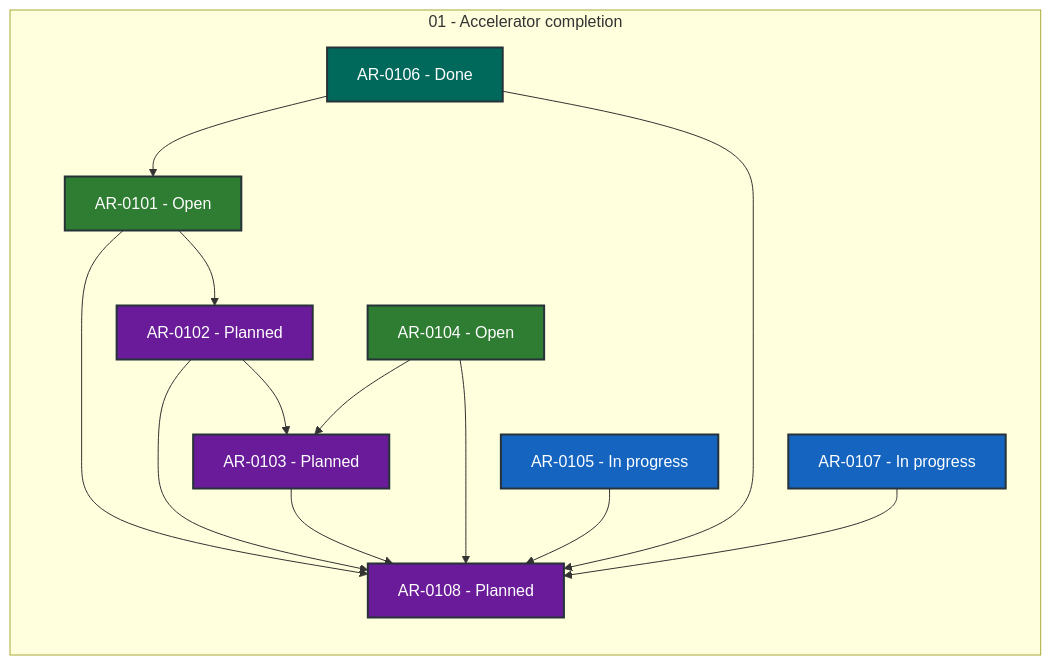
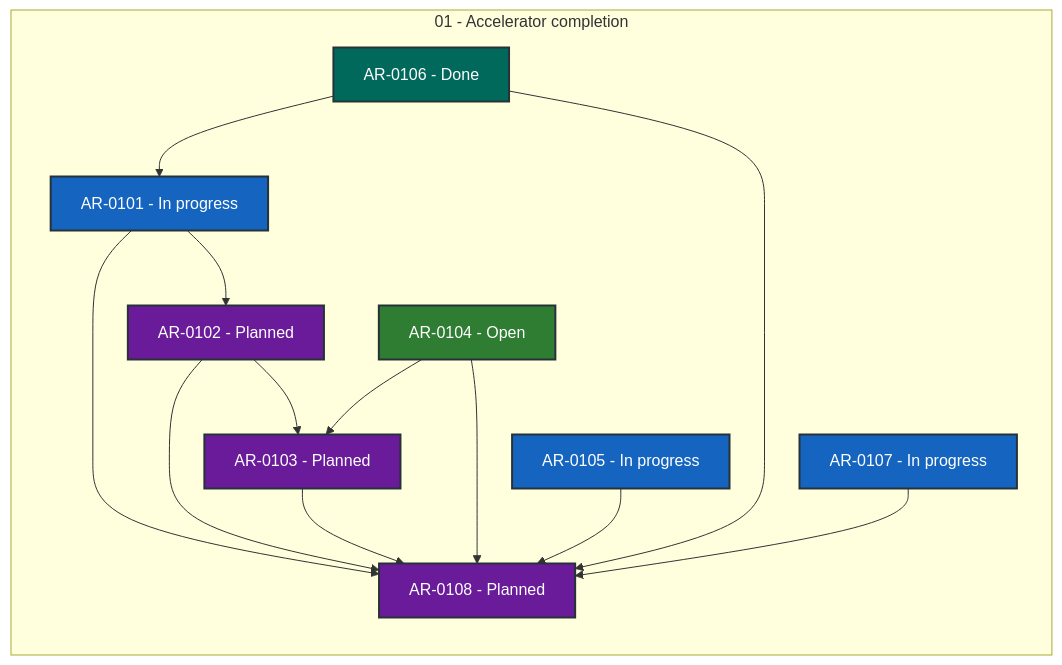
The diagram in coordination/STATUS.md (locutus3009/exgame), drawn with Mermaid before and after one commit. The commit also changed other lines of this file and 2 other files, not shown here.

````diff
--- a/coordination/STATUS.md
+++ b/coordination/STATUS.md
@@ -28,34 +28,34 @@
 ```mermaid
 flowchart LR
     subgraph series_01["01 - Accelerator completion"]
         direction TB
-        AR_0101["AR-0101 - Open"]:::status_open
+        AR_0101["AR-0101 - In progress"]:::status_in_progress
         AR_0102["AR-0102 - Planned"]:::status_planned
         AR_0103["AR-0103 - Planned"]:::status_planned
         AR_0104["AR-0104 - Open"]:::status_open
         AR_0105["AR-0105 - In progress"]:::status_in_progress
         AR_0106["AR-0106 - Done"]:::status_done
         AR_0107["AR-0107 - In progress"]:::status_in_progress
         AR_0108["AR-0108 - Planned"]:::status_planned
     end
     AR_0101 --> AR_0102
     AR_0101 --> AR_0108
     AR_0102 --> AR_0103
     AR_0102 --> AR_0108
     AR_0103 --> AR_0108
     AR_0104 --> AR_0103
     AR_0104 --> AR_0108
     AR_0105 --> AR_0108
     AR_0106 --> AR_0101
     AR_0106 --> AR_0108
     AR_0107 --> AR_0108
     classDef status_in_progress fill:#1565c0,color:#ffffff,stroke:#263238,stroke-width:2px
     classDef status_in_review fill:#ad1457,color:#ffffff,stroke:#263238,stroke-width:2px
     classDef status_open fill:#2e7d32,color:#ffffff,stroke:#263238,stroke-width:2px
     classDef status_blocked fill:#c62828,color:#ffffff,stroke:#263238,stroke-width:2px
     classDef status_planned fill:#6a1b9a,color:#ffffff,stroke:#263238,stroke-width:2px
     classDef status_future fill:#455a64,color:#ffffff,stroke:#263238,stroke-width:2px
     classDef status_done fill:#00695c,color:#ffffff,stroke:#263238,stroke-width:2px
     classDef status_cancelled fill:#616161,color:#ffffff,stroke:#263238,stroke-width:2px
     classDef status_superseded fill:#5d4037,color:#ffffff,stroke:#263238,stroke-width:2px
 ```
````
